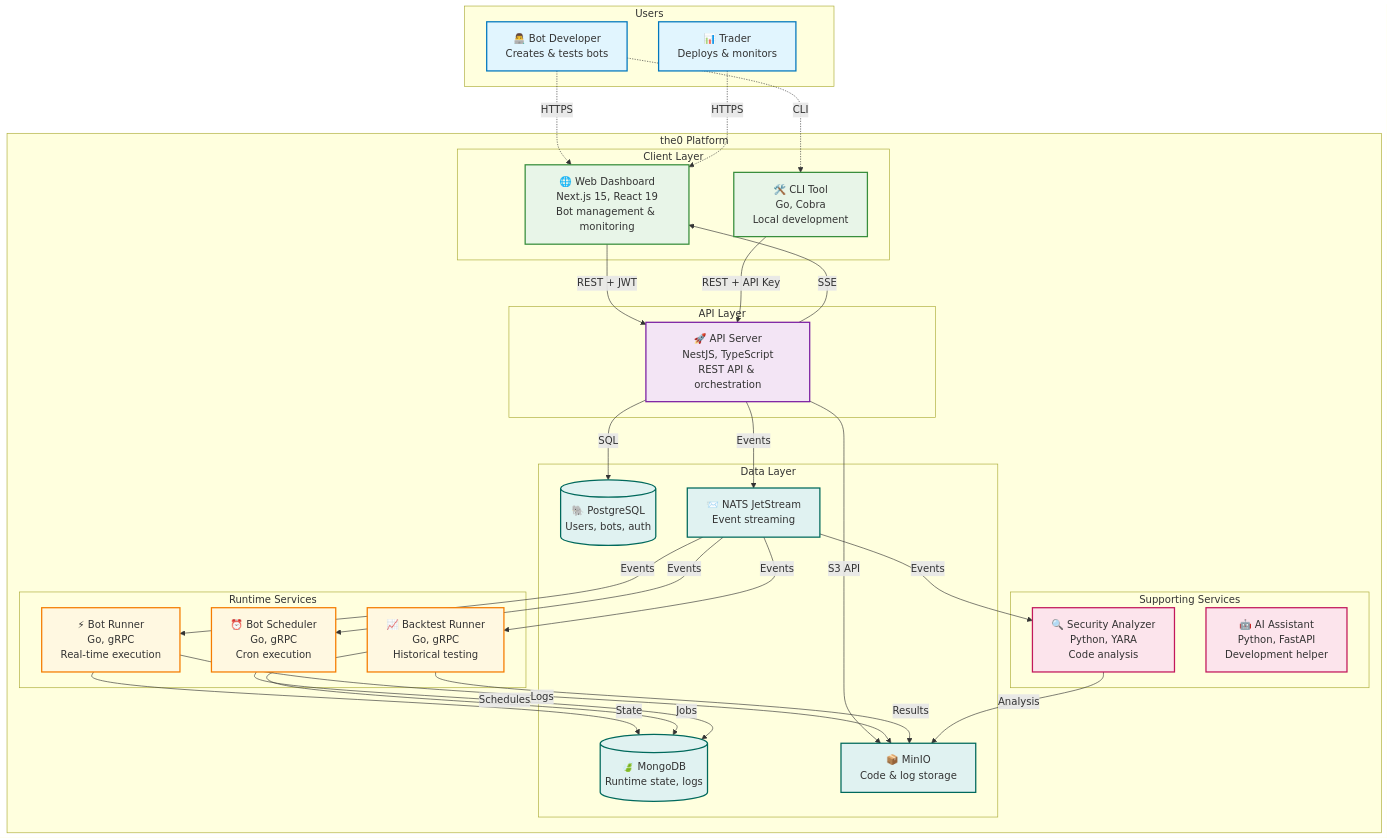
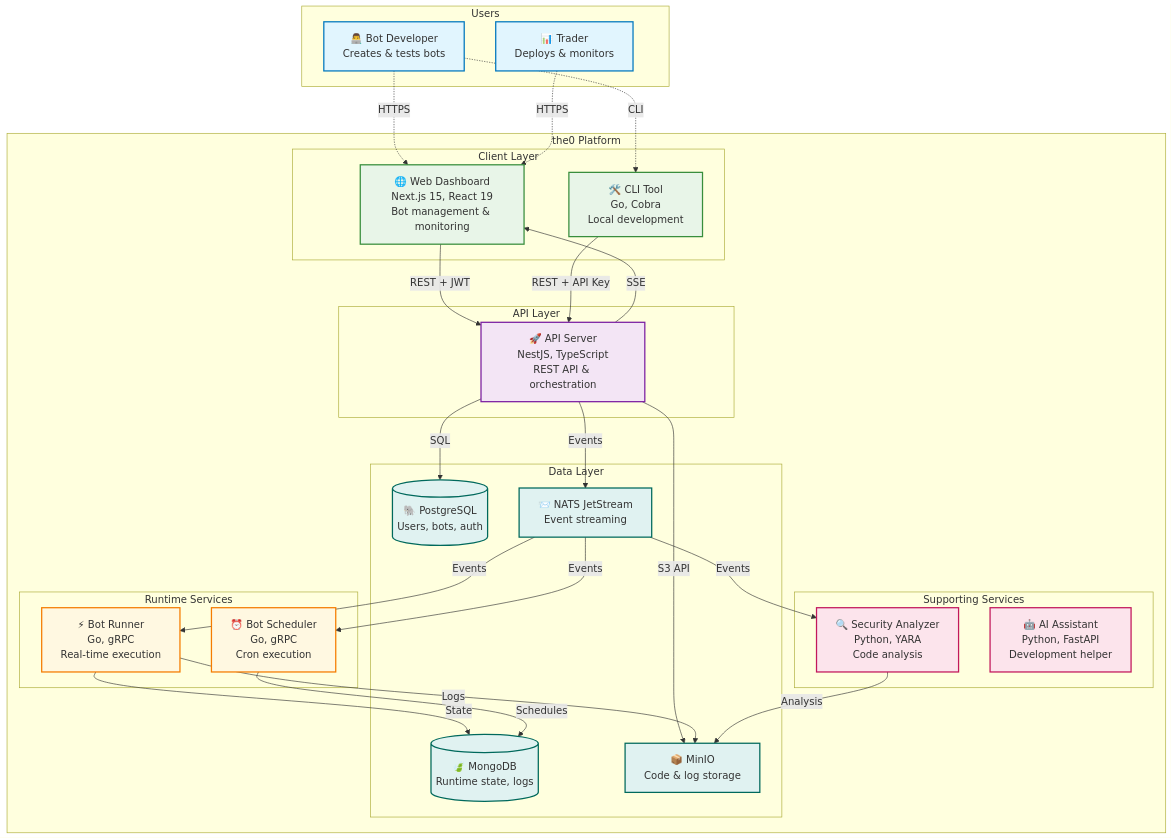
The diagram in README.md (alexanderwanyoike/the0), drawn with Mermaid before and after one commit. The commit also changed other lines of this file, not shown here.

````diff
--- a/README.md
+++ b/README.md
@@ -141,80 +141,76 @@
 ```mermaid
 graph TB
     subgraph "Users"
         DEV[👨‍💻 Bot Developer<br/>Creates & tests bots]
         TRADER[📊 Trader<br/>Deploys & monitors]
     end
     
     subgraph "the0 Platform"
         subgraph "Client Layer"
             WEB[🌐 Web Dashboard<br/>Next.js 15, React 19<br/>Bot management & monitoring]
             CLI[🛠️ CLI Tool<br/>Go, Cobra<br/>Local development]
         end
         
         subgraph "API Layer"
             API[🚀 API Server<br/>NestJS, TypeScript<br/>REST API & orchestration]
         end
         
         subgraph "Runtime Services"
             BR[⚡ Bot Runner<br/>Go, gRPC<br/>Real-time execution]
-            BT[📈 Backtest Runner<br/>Go, gRPC<br/>Historical testing]
             BS[⏰ Bot Scheduler<br/>Go, gRPC<br/>Cron execution]
         end
         
         subgraph "Supporting Services"
             SA[🔍 Security Analyzer<br/>Python, YARA<br/>Code analysis]
             AI[🤖 AI Assistant<br/>Python, FastAPI<br/>Development helper]
         end
         
         subgraph "Data Layer"
             PG[(🐘 PostgreSQL<br/>Users, bots, auth)]
             MONGO[(🍃 MongoDB<br/>Runtime state, logs)]
             NATS[📨 NATS JetStream<br/>Event streaming]
             MINIO[📦 MinIO<br/>Code & log storage]
         end
     end
     
     %% User interactions
     DEV -.->|HTTPS| WEB
     DEV -.->|CLI| CLI
     TRADER -.->|HTTPS| WEB
     
     %% Client to API
     WEB -->|REST + JWT| API
     CLI -->|REST + API Key| API
     API -->|SSE| WEB
     
     %% API to databases
     API -->|SQL| PG
     API -->|Events| NATS
     API -->|S3 API| MINIO
     
     %% Runtime services
     NATS -->|Events| BR
-    NATS -->|Events| BT  
     NATS -->|Events| BS
     NATS -->|Events| SA
-    
+
     BR -->|State| MONGO
-    BT -->|Jobs| MONGO
     BS -->|Schedules| MONGO
-    
+
     BR -->|Logs| MINIO
-    BT -->|Results| MINIO
     SA -->|Analysis| MINIO
     
     %% Styling
     classDef userClass fill:#e1f5fe,stroke:#0277bd,stroke-width:2px
     classDef clientClass fill:#e8f5e8,stroke:#388e3c,stroke-width:2px
     classDef apiClass fill:#f3e5f5,stroke:#7b1fa2,stroke-width:2px
     classDef runtimeClass fill:#fff8e1,stroke:#f57c00,stroke-width:2px
     classDef serviceClass fill:#fce4ec,stroke:#c2185b,stroke-width:2px
     classDef dataClass fill:#e0f2f1,stroke:#00695c,stroke-width:2px
     
     class DEV,TRADER userClass
     class WEB,CLI clientClass
     class API apiClass
-    class BR,BT,BS runtimeClass
+    class BR,BS runtimeClass
     class SA,AI serviceClass
     class PG,MONGO,NATS,MINIO dataClass
 ```
````
